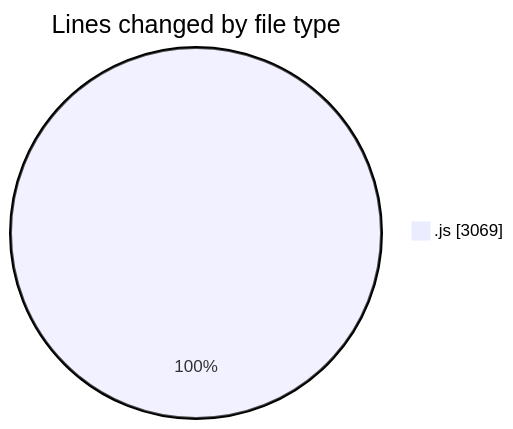
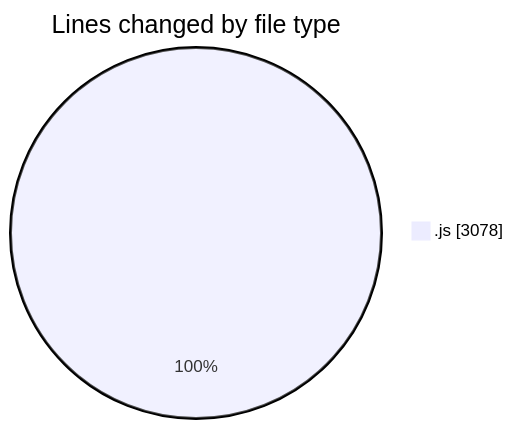
Before and after one commit to nxtqubesakshisongat/code-tracking: the first of 2 diagrams in 2025-09-08/cashcalculator/README.md, drawn with Mermaid. The commit also changed other lines of this file and 1 other file, not shown here.

````diff
--- a/2025-09-08/cashcalculator/README.md
+++ b/2025-09-08/cashcalculator/README.md
@@ -20,5 +20,5 @@
 ```mermaid
 pie showData
 title Lines changed by file type
-".js" : 3069
+".js" : 3078
 ```
````
